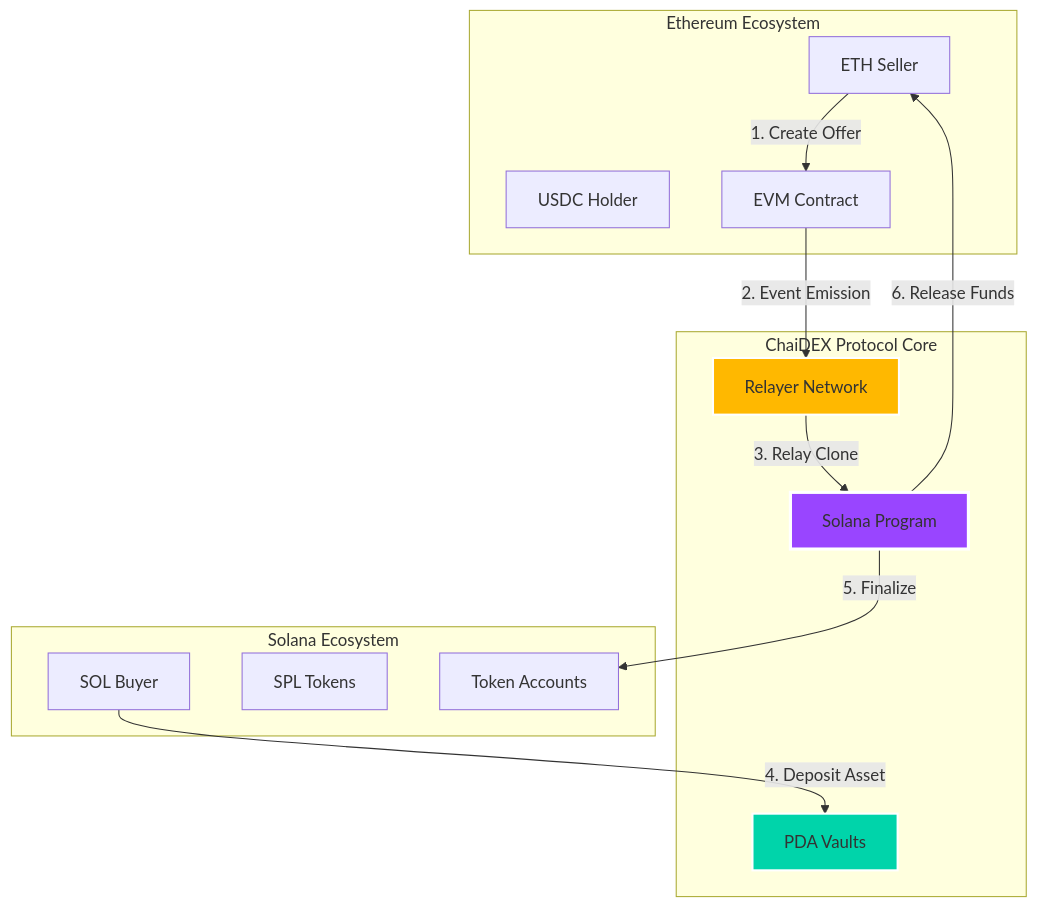
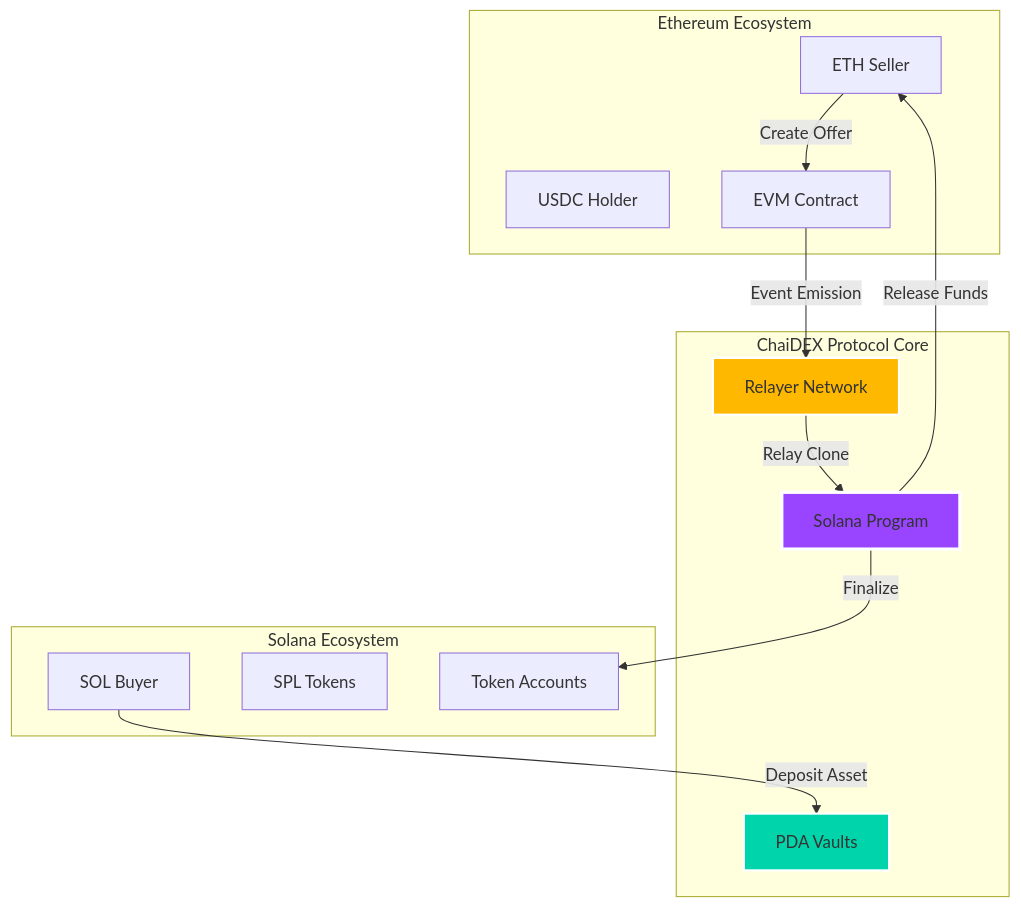
The first of 7 diagrams in ChaiDEX_PROTOCOL_DOCUMENTATION.md (Rahul-Prasad-07/cross-chain-p2p-exchange), drawn with Mermaid before and after one commit. The commit also changed other lines of this file and 6 other files, not shown here.

````diff
--- a/ChaiDEX_PROTOCOL_DOCUMENTATION.md
+++ b/ChaiDEX_PROTOCOL_DOCUMENTATION.md
@@ -37,31 +42,31 @@
 ```mermaid
 graph TB
     subgraph "Ethereum Ecosystem"
         ETH[ETH Seller]
         USDC[USDC Holder]
         EVM[EVM Contract]
     end
     
     subgraph "ChaiDEX Protocol Core"
         R[Relayer Network]
         SP[Solana Program]
         PDA[PDA Vaults]
     end
     
     subgraph "Solana Ecosystem"
         SOL[SOL Buyer]
         SPL[SPL Tokens]
         ATA[Token Accounts]
     end
     
-    ETH -->|1. Create Offer| EVM
-    EVM -->|2. Event Emission| R
-    R -->|3. Relay Clone| SP
-    SOL -->|4. Deposit Asset| PDA
-    SP -->|5. Finalize| ATA
-    SP -->|6. Release Funds| ETH
+    ETH -->|Create Offer| EVM
+    EVM -->|Event Emission| R
+    R -->|Relay Clone| SP
+    SOL -->|Deposit Asset| PDA
+    SP -->|Finalize| ATA
+    SP -->|Release Funds| ETH
     
     style SP fill:#9945FF,stroke:#fff,stroke-width:3px
     style PDA fill:#00D4AA,stroke:#fff,stroke-width:2px
     style R fill:#FFB800,stroke:#fff,stroke-width:2px
 ```
````
